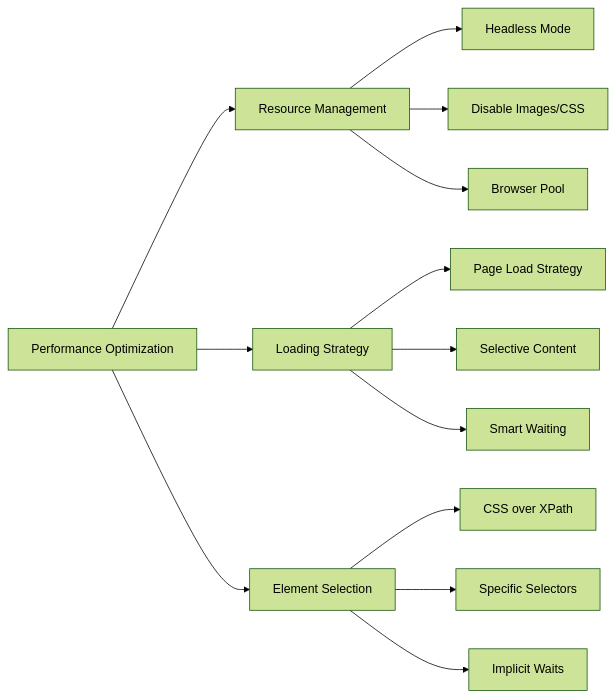
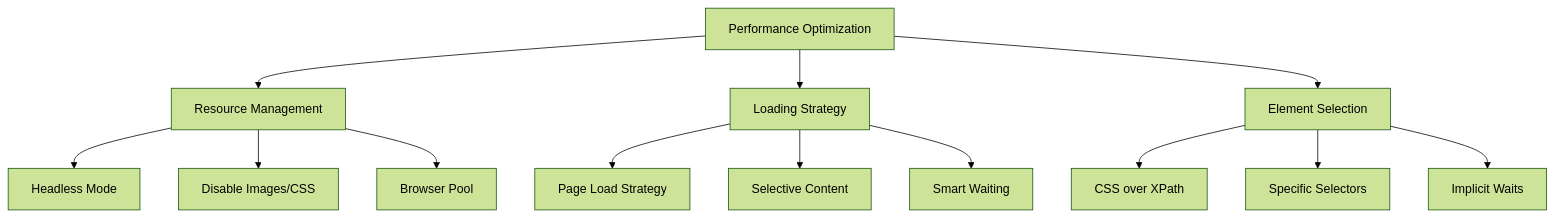
One commit to bytetunnels/bytetunnels.github.com changed the second of 2 diagrams in _posts/2025-04-29-getting-started-with-selenium-first-automated-browser.md. Above: the diagram before and after it, drawn with Mermaid (forest theme). The commit also changed 25 other files, not shown here.

Commit message:
chore: fixed mermaid charts

````diff
--- a/_posts/2025-04-29-getting-started-with-selenium-first-automated-browser.md
+++ b/_posts/2025-04-29-getting-started-with-selenium-first-automated-browser.md
@@ -311,18 +311,20 @@
 ```mermaid
-graph LR
-    A[Performance Optimization] --> B[Resource Management]
+graph TD
+    A[Performance Optimization]
+
+    A --> B[Resource Management]
     A --> C[Loading Strategy]
     A --> D[Element Selection]
-    
+
     B --> B1[Headless Mode]
     B --> B2[Disable Images/CSS]
     B --> B3[Browser Pool]
-    
+
     C --> C1[Page Load Strategy]
     C --> C2[Selective Content]
     C --> C3[Smart Waiting]
-    
+
     D --> D1[CSS over XPath]
     D --> D2[Specific Selectors]
     D --> D3[Implicit Waits]
 ```
````
